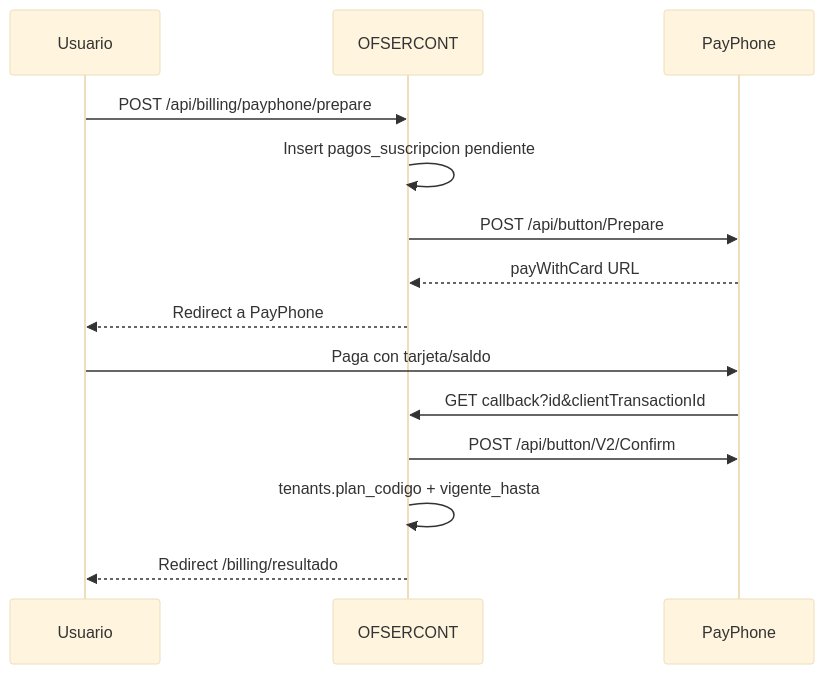
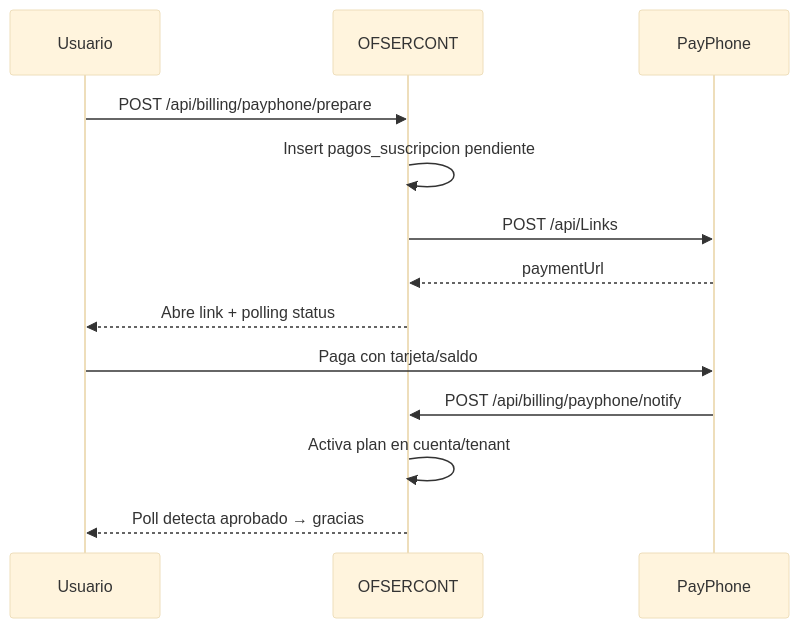
The diagram in docs/PAYPHONE.md (AngelvisYanez/Exa-ati), drawn with Mermaid (base theme) before and after one commit. The commit also changed other lines of this file and 9 other files, not shown here.

First line of the commit message:
feat: cobro de suscripciones con Payment Links de PayPhone

````diff
--- a/docs/PAYPHONE.md
+++ b/docs/PAYPHONE.md
@@ -22,17 +24,16 @@
 ```mermaid
 sequenceDiagram
   participant U as Usuario
   participant App as OFSERCONT
   participant PP as PayPhone
 
   U->>App: POST /api/billing/payphone/prepare
   App->>App: Insert pagos_suscripcion pendiente
-  App->>PP: POST /api/button/Prepare
-  PP-->>App: payWithCard URL
-  App-->>U: Redirect a PayPhone
+  App->>PP: POST /api/Links
+  PP-->>App: paymentUrl
+  App-->>U: Abre link + polling status
   U->>PP: Paga con tarjeta/saldo
-  PP->>App: GET callback?id&clientTransactionId
-  App->>PP: POST /api/button/V2/Confirm
-  App->>App: tenants.plan_codigo + vigente_hasta
-  App-->>U: Redirect /billing/resultado
+  PP->>App: POST /api/billing/payphone/notify
+  App->>App: Activa plan en cuenta/tenant
+  App-->>U: Poll detecta aprobado → gracias
 ```
````
